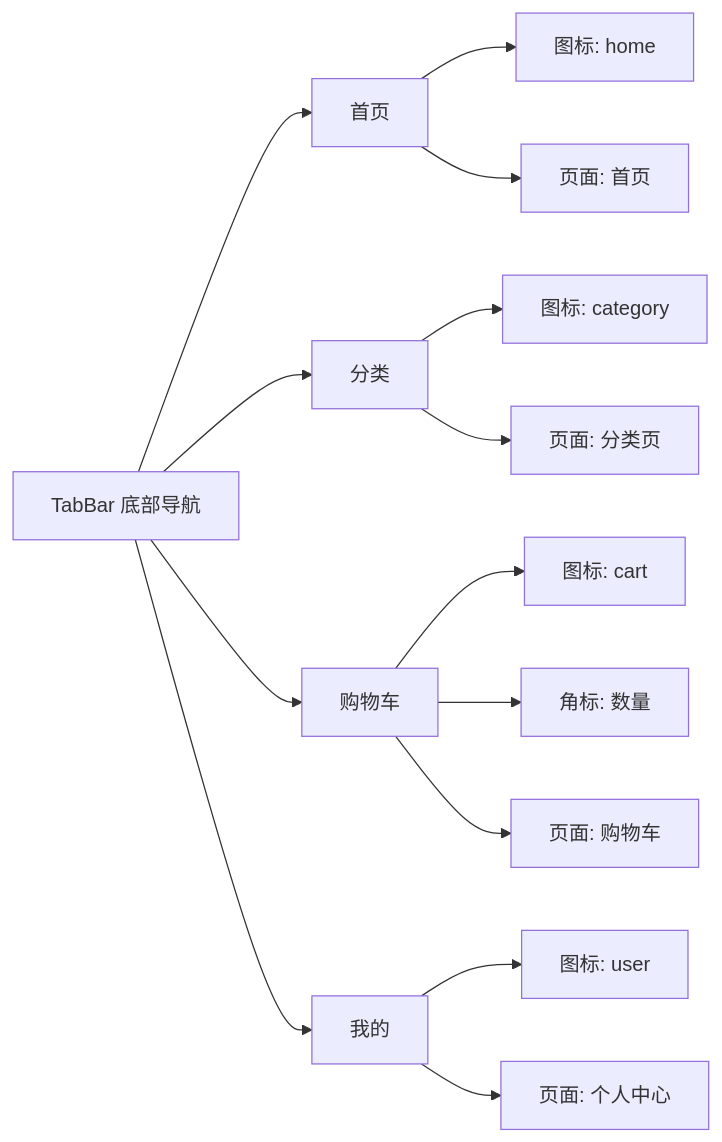
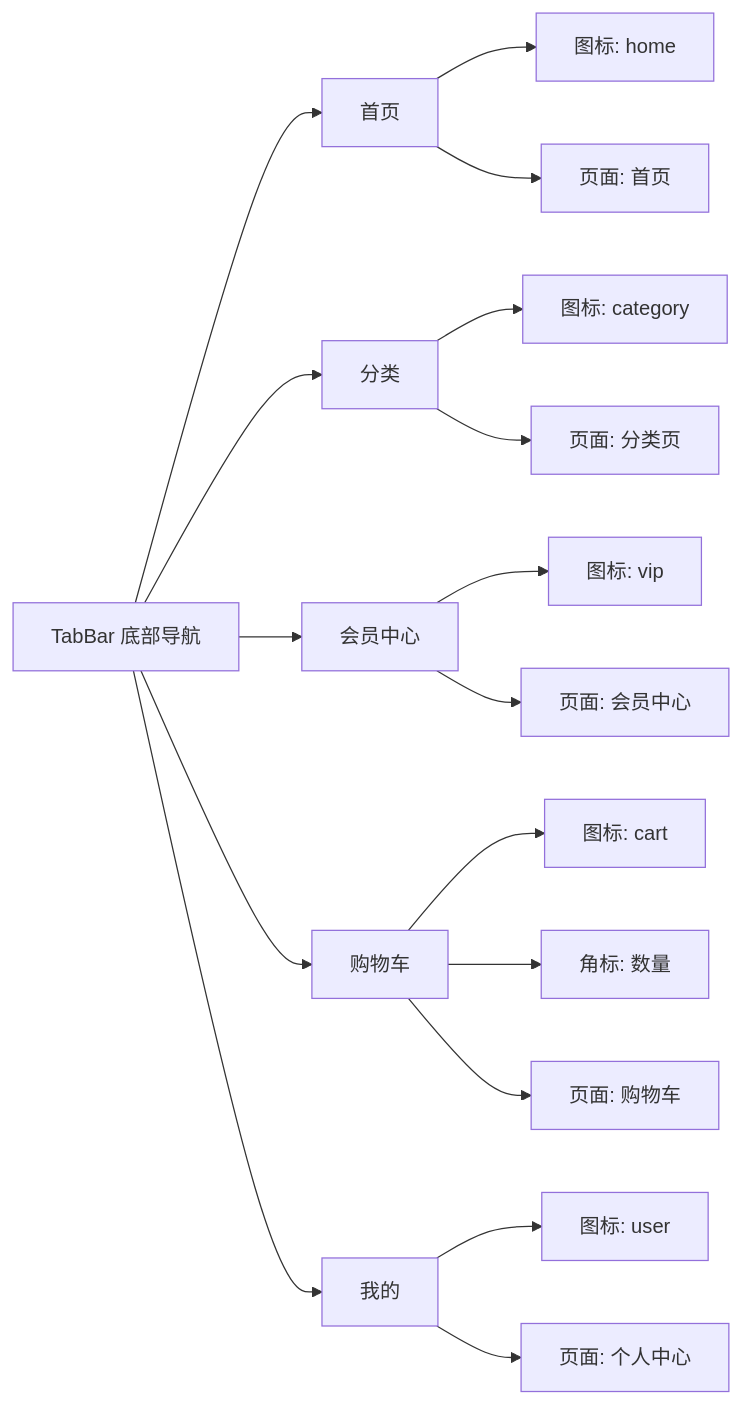
One commit to qingxu92/work-space changed diagram 20 of 20 in 小程序需求文档/商城小程序产品需求文档_V3.1.md. Above: the diagram before and after it, drawn with Mermaid. The commit also changed other lines of this file, not shown here.

Commit message:
补充用户端功能结构图：分类页、商品详情页、购物车、订单流程、售后申请、消息中心；TabBar增加会员中心

````diff
--- a/小程序需求文档/商城小程序产品需求文档_V3.1.md
+++ b/小程序需求文档/商城小程序产品需求文档_V3.1.md
@@ -749,22 +962,26 @@
 ```mermaid
 flowchart LR
     A["TabBar 底部导航"]
     
     A --> B["首页"]
     A --> C["分类"]
-    A --> D["购物车"]
-    A --> E["我的"]
+    A --> D["会员中心"]
+    A --> E["购物车"]
+    A --> F["我的"]
     
     B --> B1["图标: home"]
     B --> B2["页面: 首页"]
     
     C --> C1["图标: category"]
     C --> C2["页面: 分类页"]
     
-    D --> D1["图标: cart"]
-    D --> D2["角标: 数量"]
-    D --> D3["页面: 购物车"]
+    D --> D1["图标: vip"]
+    D --> D2["页面: 会员中心"]
     
-    E --> E1["图标: user"]
-    E --> E2["页面: 个人中心"]
+    E --> E1["图标: cart"]
+    E --> E2["角标: 数量"]
+    E --> E3["页面: 购物车"]
+    
+    F --> F1["图标: user"]
+    F --> F2["页面: 个人中心"]
 ```
````
